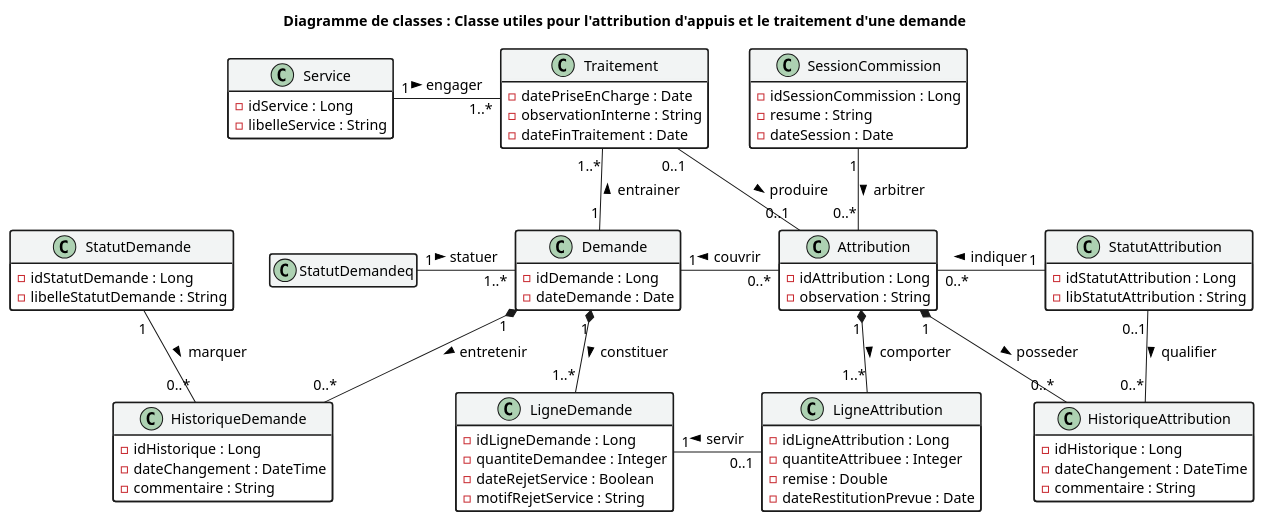
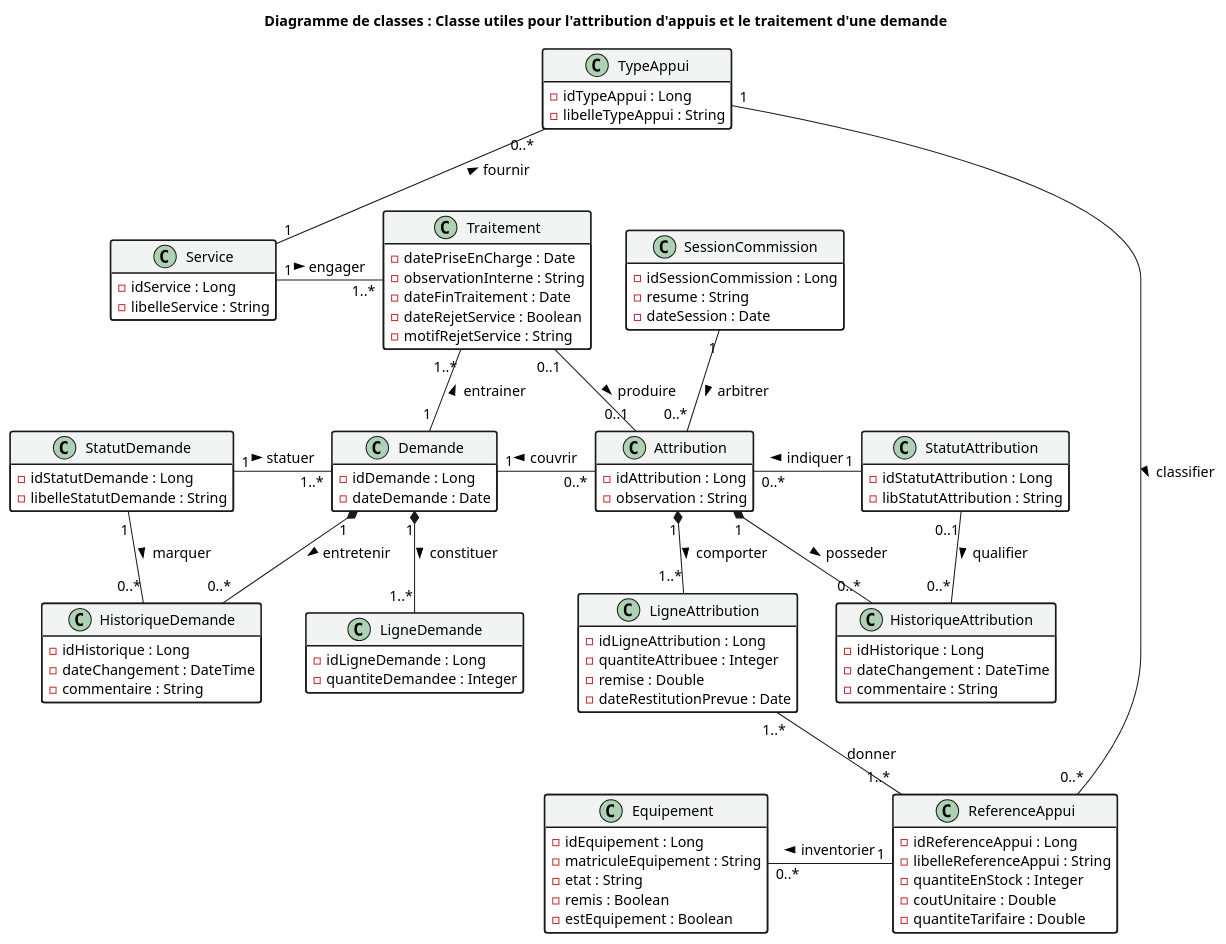
Before and after one commit to marasse-codec/ORYZAPP: the diagram in docs/classes/M_classe_octroi.puml, drawn with PlantUML. The commit also changed 49 other files, not shown here.

```diff
--- a/docs/classes/M_classe_octroi.puml
+++ b/docs/classes/M_classe_octroi.puml
@@ -1,131 +1,159 @@
 @startuml octroi_demande_uml
 title Diagramme de classes : Classe utiles pour l'attribution d'appuis et le traitement d'une demande
 
 skinparam shadowing false
 skinparam defaultFontName "Segoe UI", sans-serif
 ' Suppression de tout fond de diagramme (transparent / blanc)
 skinparam backgroundColor #FFFFFF
 
 hide empty members
 
 skinparam class {
     BackgroundColor #FFFFFF
     HeaderBackgroundColor #F2F4F4
     BorderColor #1A1A1A
     FontColor #000000
     AttributeFontColor #000000
     MethodFontColor #000000
     FontSize 16
     AttributeFontSize 14
     MethodFontSize 14
     BorderThickness 1.5
 }
 
 skinparam arrow {
     Color #1A1A1A
     FontColor #000000
     FontSize 14
 }
 ' ============================================================
 ' CLASSES
 ' ============================================================
 
 class Service {
   - idService : Long
   - libelleService : String
 }
 
+class TypeAppui {
+  - idTypeAppui : Long
+  - libelleTypeAppui : String
+}
+
+class ReferenceAppui {
+  - idReferenceAppui : Long
+  - libelleReferenceAppui : String
+  - quantiteEnStock : Integer
+  - coutUnitaire : Double
+  - quantiteTarifaire : Double
+}
+
+class Equipement {
+  - idEquipement : Long
+  - matriculeEquipement : String
+  - etat : String
+  - remis : Boolean
+  - estEquipement : Boolean
+
+}
+
+ReferenceAppui "1" -l- "0..*" Equipement : inventorier >
+TypeAppui "0..*" -- "1" Service : fournir <
+ReferenceAppui "0..*" -l- "1" TypeAppui : classifier <
+
+
 class StatutDemande {
   - idStatutDemande : Long
   - libelleStatutDemande : String
 }
 
 class Demande {
   - idDemande : Long
   - dateDemande : Date
 }
 
 class HistoriqueDemande {
   - idHistorique : Long
   - dateChangement : DateTime
   - commentaire : String
 }
 
 
-
 Demande "1" *-- "0..*" HistoriqueDemande : entretenir >
 StatutDemande "1" -- "0..*" HistoriqueDemande : marquer >
 
 ' DateFinTraitement prend la date de fin du dernier traitement
 ' dateSoumission marque qu'on ne peut plus modifier apès soummission
 
-StatutDemandeq "1" - "1..*" Demande : statuer >
+StatutDemande "1" - "1..*" Demande : statuer >
 
 class Traitement {
   - datePriseEnCharge : Date
   - observationInterne : String
   - dateFinTraitement : Date
+  - dateRejetService : Boolean
+  - motifRejetService : String
 }
 
 Traitement "1..*" -d- "1" Demande : entrainer <
 Traitement "1..*" -l- "1" Service : engager <
 Traitement "0..1" -- "0..1" Attribution : produire >
 
 ' note top of [Demande]
 '   ! Remarque !
 '   Ajout de dateTraitement et motifRejet :
 '   permettre de suivre l'état de la demande
 ' end note
 
 class LigneDemande {
   - idLigneDemande : Long
   - quantiteDemandee : Integer
-  - dateRejetService : Boolean
-  - motifRejetService : String
 }
 
 class SessionCommission {
   - idSessionCommission : Long
   - resume : String
   - dateSession : Date
 }
 
 class Attribution {
   - idAttribution : Long
   - observation : String
 }
 
 class StatutAttribution {
   - idStatutAttribution : Long
   - libStatutAttribution : String
 }
 
 class HistoriqueAttribution {
   - idHistorique : Long
   - dateChangement : DateTime
   - commentaire : String
 }
 
 Attribution "1" *-- "0..*" HistoriqueAttribution : posseder >
 StatutAttribution "0..1" -- "0..*" HistoriqueAttribution : qualifier >
 
 Attribution "0..*" - "1" StatutAttribution : indiquer <
 SessionCommission "1" -- "0..*" Attribution : arbitrer >
 Demande "1" - "0..*" Attribution : couvrir <
 
 class LigneAttribution {
   - idLigneAttribution : Long
   - quantiteAttribuee : Integer
   - remise : Double
   - dateRestitutionPrevue : Date
 }
+
+LigneAttribution "1..*" -- "1..*" ReferenceAppui : "donner"
+
 ' ============================================================
 ' ASSOCIATIONS
 ' ============================================================
 
 Demande "1" *-- "1..*" LigneDemande : constituer >
 
 Attribution "1" *-- "1..*" LigneAttribution : comporter >
-LigneAttribution "0..1" -l- "1" LigneDemande : servir >
 
 @enduml
```
